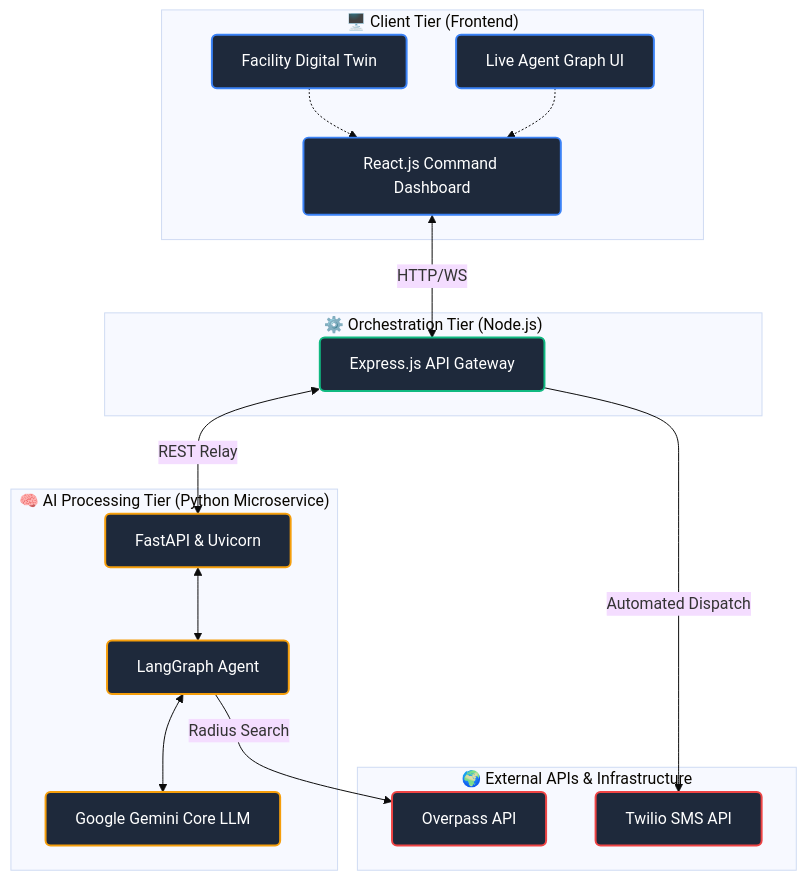
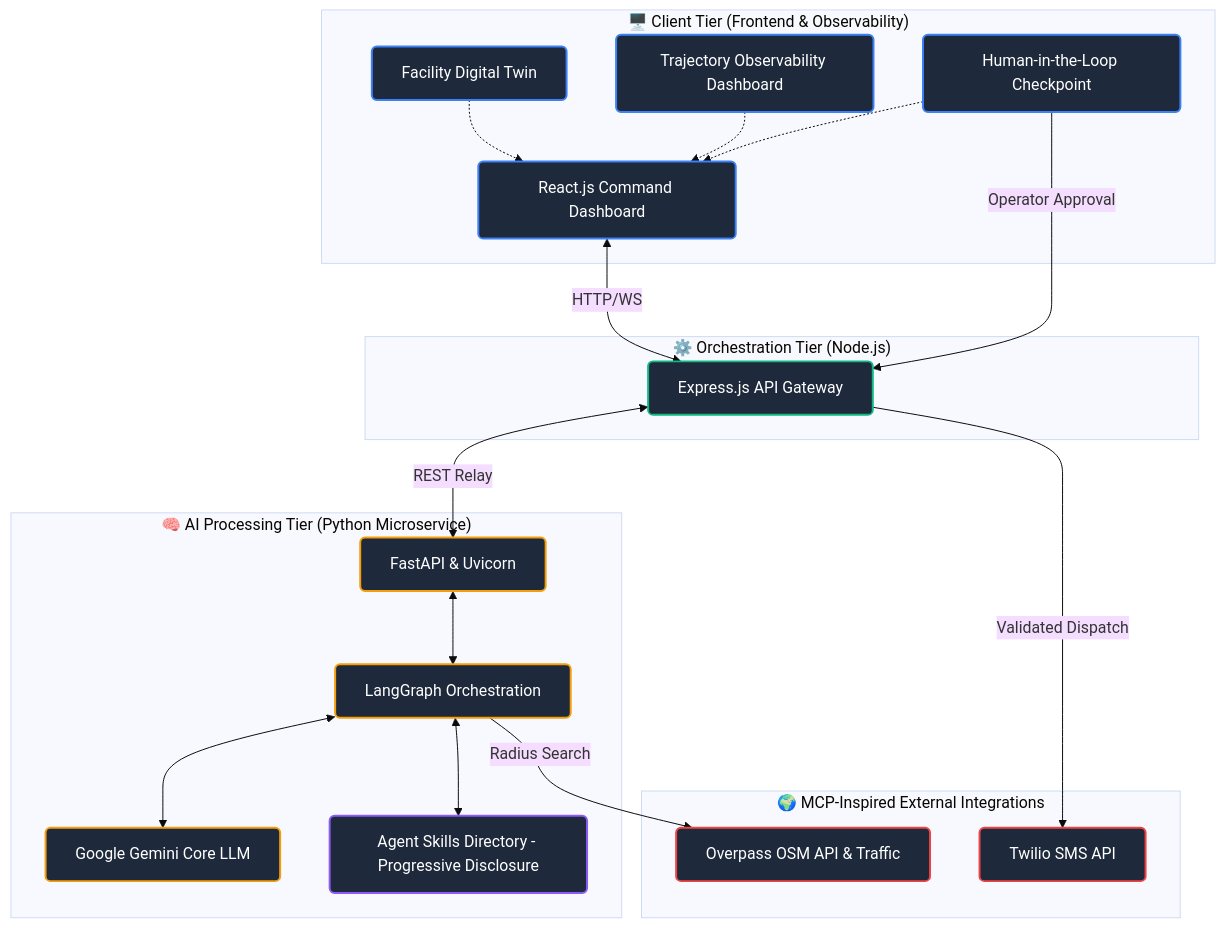
The diagram in README.md (Manoj-Kumar-V-008/RAKSHAK-AI), drawn with Mermaid (base theme) before and after one commit. The commit also changed other lines of this file and 1 other file, not shown here.

````diff
--- a/README.md
+++ b/README.md
@@ -51,40 +57,46 @@
 ```mermaid
 flowchart TB
     classDef frontend fill:#1e293b,stroke:#3b82f6,stroke-width:2px,color:#fff,rx:5px,ry:5px;
     classDef nodejs fill:#1e293b,stroke:#10b981,stroke-width:2px,color:#fff,rx:5px,ry:5px;
     classDef python fill:#1e293b,stroke:#f59e0b,stroke-width:2px,color:#fff,rx:5px,ry:5px;
     classDef external fill:#1e293b,stroke:#ef4444,stroke-width:2px,color:#fff,rx:5px,ry:5px;
+    classDef skills fill:#1e293b,stroke:#8b5cf6,stroke-width:2px,color:#fff,rx:5px,ry:5px;
 
-    subgraph Client ["🖥️ Client Tier (Frontend)"]
+    subgraph Client ["🖥️ Client Tier (Frontend & Observability)"]
         UI[React.js Command Dashboard]:::frontend
         Twin[Facility Digital Twin]:::frontend
-        Graph[Live Agent Graph UI]:::frontend
+        Obs[Trajectory Observability Dashboard]:::frontend
+        HITL[Human-in-the-Loop Checkpoint]:::frontend
     end
 
     subgraph Gateway ["⚙️ Orchestration Tier (Node.js)"]
         Node[Express.js API Gateway]:::nodejs
     end
 
     subgraph AI ["🧠 AI Processing Tier (Python Microservice)"]
         Fast[FastAPI & Uvicorn]:::python
-        Lang[LangGraph Agent]:::python
+        Lang[LangGraph Orchestration]:::python
         LLM[Google Gemini Core LLM]:::python
+        Skills[Agent Skills Directory - Progressive Disclosure]:::skills
         
         Fast <--> Lang
         Lang <--> LLM
+        Lang <--> Skills
     end
 
-    subgraph External ["🌍 External APIs & Infrastructure"]
+    subgraph External ["🌍 MCP-Inspired External Integrations"]
         Twilio[Twilio SMS API]:::external
-        Maps[Overpass API]:::external
+        Maps[Overpass OSM API & Traffic]:::external
     end
 
     %% Connections
     UI <-->|HTTP/WS| Node
     Twin -.-> UI
-    Graph -.-> UI
+    Obs -.-> UI
+    HITL -.-> UI
     
     Node <-->|REST Relay| Fast
     Lang -->|Radius Search| Maps
-    Node -->|Automated Dispatch| Twilio
+    HITL -->|Operator Approval| Node
+    Node -->|Validated Dispatch| Twilio
 ```
````
